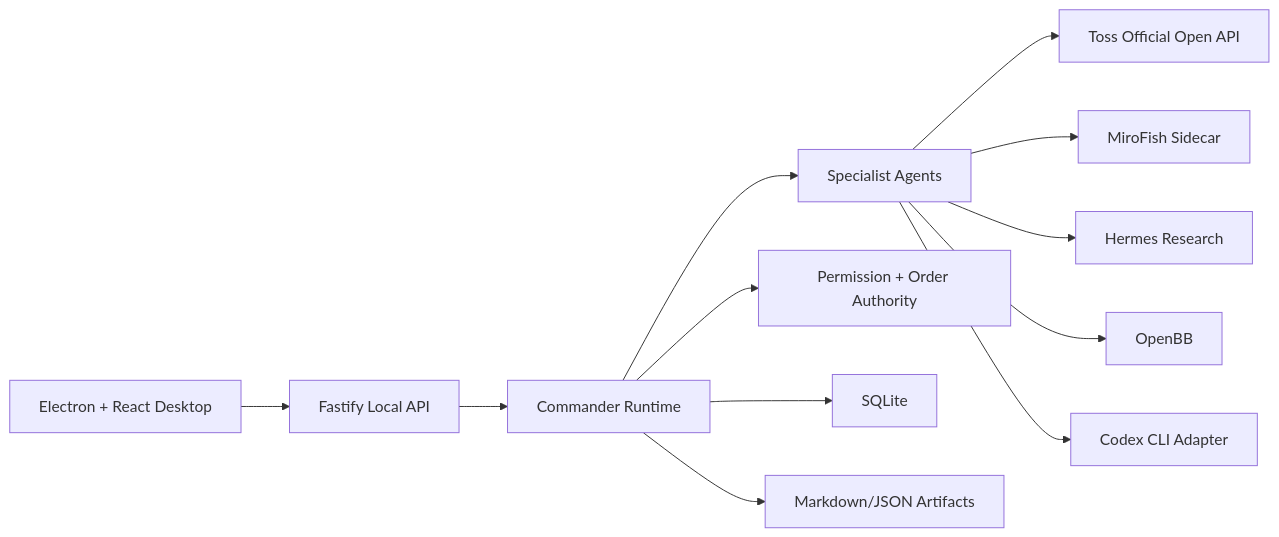
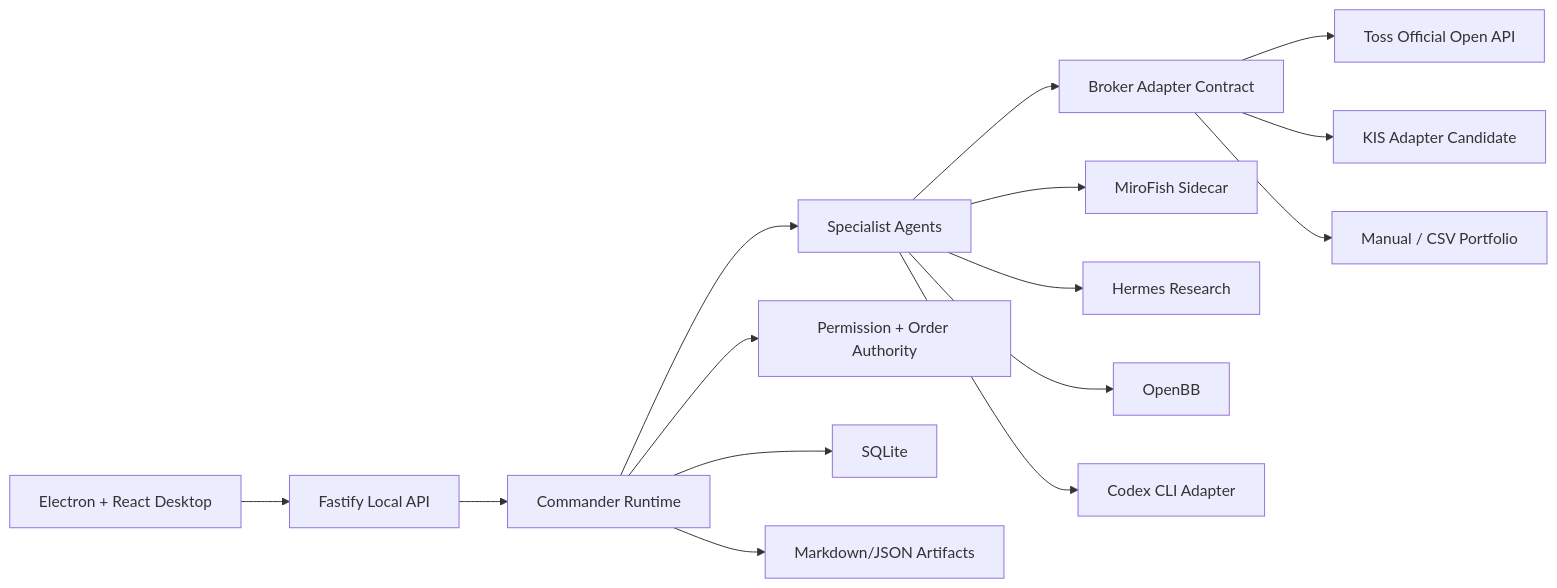
One commit to Sungblab/GaemiGuard changed the diagram in docs/waterfall/02-system-architecture.md. Above: the diagram before and after it, drawn with Mermaid. The commit also changed other lines of this file and 40 other files, not shown here.

````diff
--- a/docs/waterfall/02-system-architecture.md
+++ b/docs/waterfall/02-system-architecture.md
@@ -9,14 +9,17 @@
 ```mermaid
 flowchart LR
   UI["Electron + React Desktop"] --> API["Fastify Local API"]
   API --> Commander["Commander Runtime"]
   Commander --> Agents["Specialist Agents"]
   Commander --> Policy["Permission + Order Authority"]
   Commander --> DB["SQLite"]
   Commander --> Artifacts["Markdown/JSON Artifacts"]
-  Agents --> Toss["Toss Official Open API"]
+  Agents --> Broker["Broker Adapter Contract"]
+  Broker --> Toss["Toss Official Open API"]
+  Broker --> KIS["KIS Adapter Candidate"]
+  Broker --> Manual["Manual / CSV Portfolio"]
   Agents --> MiroFish["MiroFish Sidecar"]
   Agents --> Hermes["Hermes Research"]
   Agents --> OpenBB["OpenBB"]
   Agents --> Codex["Codex CLI Adapter"]
 ```
````
